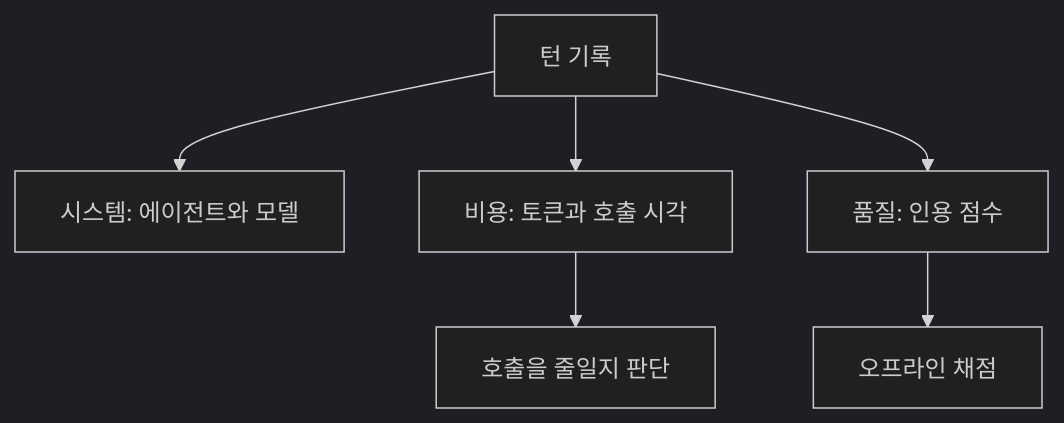
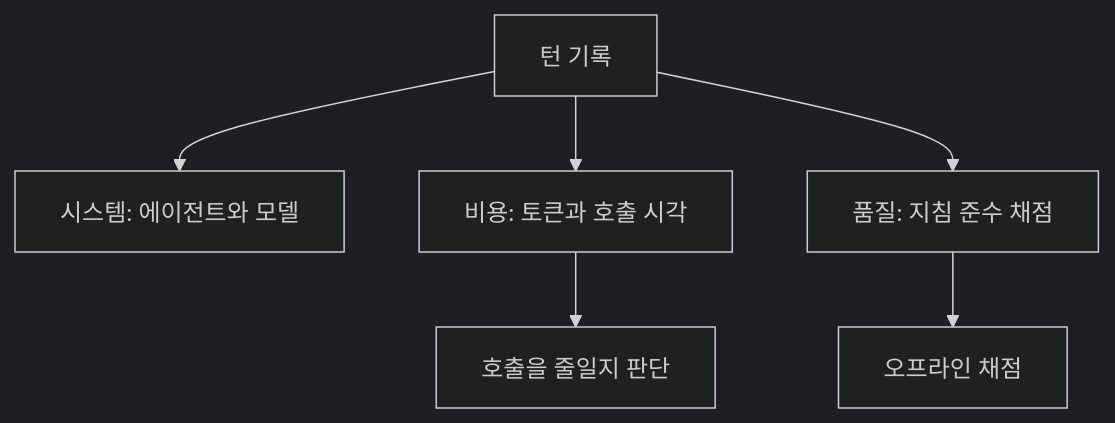
One commit to zeno0505/dev-articles changed the second of 2 diagrams in _posts/2026-11-18-api-spec-in-the-browser.md. Above: the diagram before and after it, drawn with Mermaid (dark theme). The commit also changed other lines of this file, not shown here.

````diff
--- a/_posts/2026-11-18-api-spec-in-the-browser.md
+++ b/_posts/2026-11-18-api-spec-in-the-browser.md
@@ -145,8 +168,8 @@
 ```mermaid
 flowchart TD
   turn[턴 기록] --> sys[시스템: 에이전트와 모델]
   turn --> cost[비용: 토큰과 호출 시각]
-  turn --> quality[품질: 인용 점수]
+  turn --> quality[품질: 지침 준수 채점]
   quality --> offline[오프라인 채점]
   cost --> decide[호출을 줄일지 판단]
 ```
````
